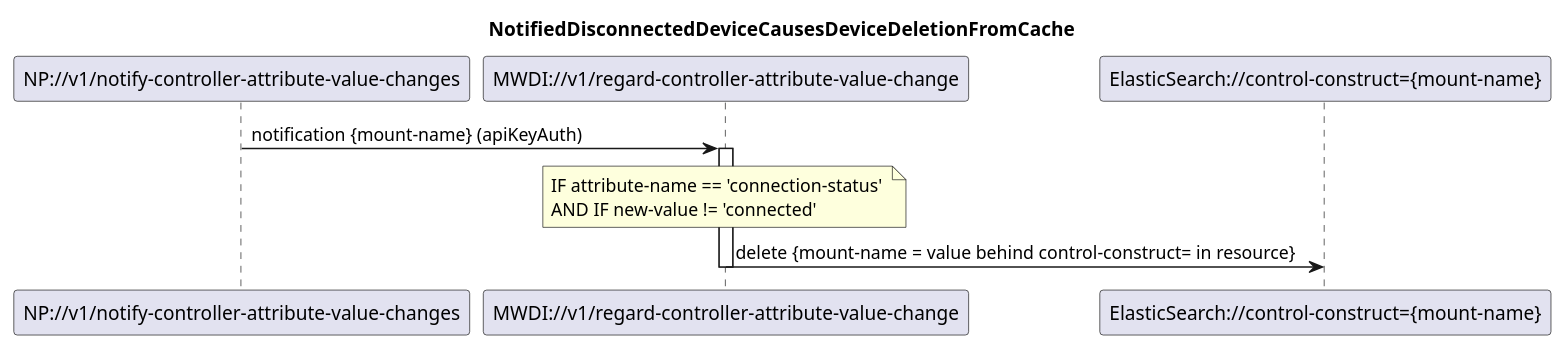
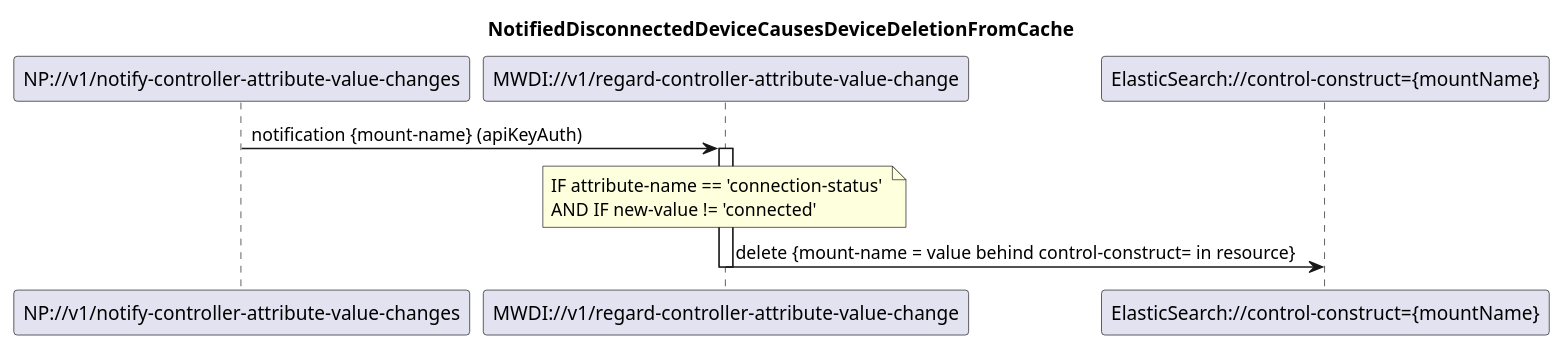
One commit to openBackhaul/MicroWaveDeviceInventory changed the diagram in spec/diagrams/021_NotificationBasedDeviceListSyncDelete.plantuml. Above: the diagram before and after it, drawn with PlantUML. The commit also changed 11 other files, not shown here.

First line of the commit message:
Replace parameter mount-name by mountName

```diff
--- a/spec/diagrams/021_NotificationBasedDeviceListSyncDelete.plantuml
+++ b/spec/diagrams/021_NotificationBasedDeviceListSyncDelete.plantuml
@@ -1,21 +1,21 @@
 @startuml 021_NotificationBasedDeviceListSyncDelete
 skinparam responseMessageBelowArrow true
 
 title  NotifiedDisconnectedDeviceCausesDeviceDeletionFromCache
 
 participant "NP://v1/notify-controller-attribute-value-changes" as subscription
 participant "MWDI://v1/regard-controller-attribute-value-change" as regardDisconnectedDevice
-participant "ElasticSearch://control-construct={mount-name}" as es
+participant "ElasticSearch://control-construct={mountName}" as es
 
 subscription -> regardDisconnectedDevice: notification {mount-name} (apiKeyAuth)
 activate regardDisconnectedDevice
 
 note over regardDisconnectedDevice
 IF attribute-name == 'connection-status' 
 AND IF new-value != 'connected'
 end note
 
 regardDisconnectedDevice -> es: delete {mount-name = value behind control-construct= in resource}
 deactivate regardDisconnectedDevice
 
 @enduml
```
